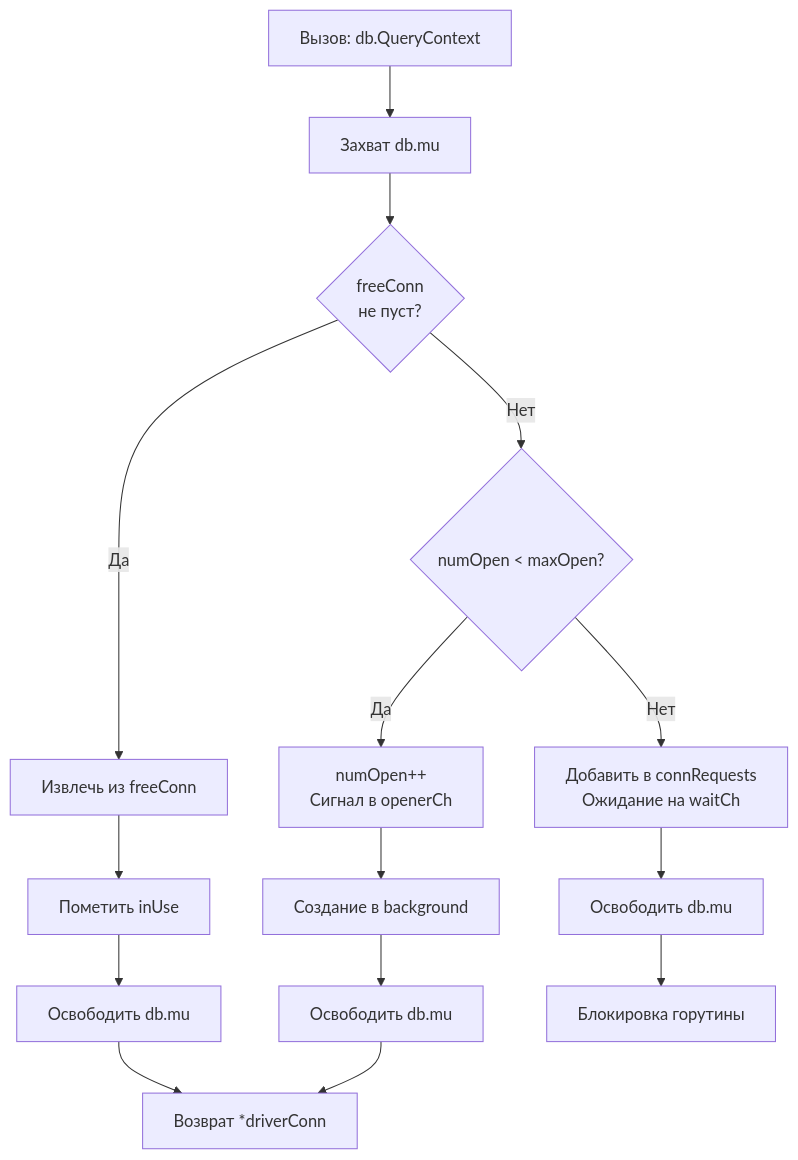
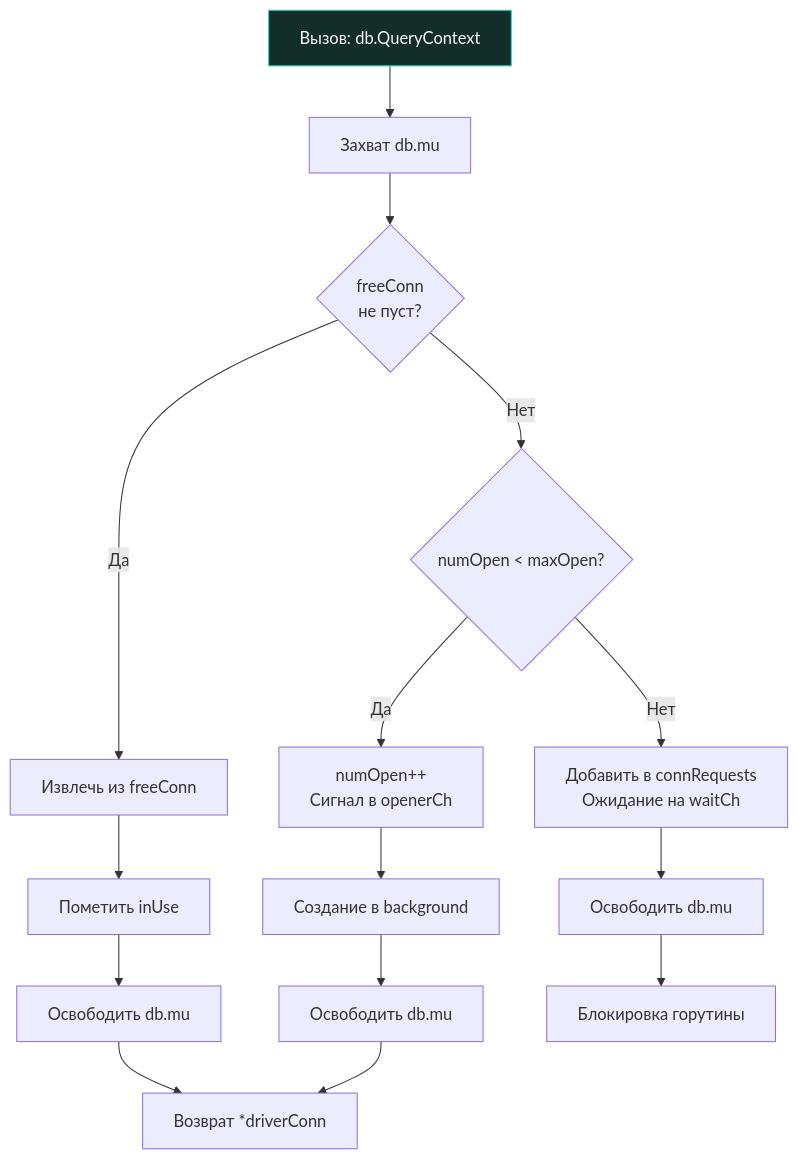
Before and after one commit to UnrealTemplier/go-textbook: the second of 2 diagrams in sources/12. Базы данных/10. Практика и архитектура/2. Connection pool.md, drawn with Mermaid. The commit also changed other lines of this file and 1666 other files, not shown here.

First line of the commit message:
feat(mermaid): add semantic color classDef to 1369 colorless flowchart/graph diagrams

````diff
--- a/sources/12. Базы данных/10. Практика и архитектура/2. Connection pool.md
+++ b/sources/12. Базы данных/10. Практика и архитектура/2. Connection pool.md
@@ -92,22 +102,32 @@
 ```mermaid
 flowchart TD
-    Start["Вызов: db.QueryContext"] --> Lock["Захват db.mu"]
+    classDef process  fill:#1e293b,stroke:#38bdf8,stroke-width:1px,color:#f8fafc
+    classDef success  fill:#064e3b,stroke:#34d399,stroke-width:1px,color:#f8fafc
+    classDef error    fill:#7f1d1d,stroke:#f87171,stroke-width:1px,color:#f8fafc
+    classDef warning  fill:#78350f,stroke:#fbbf24,stroke-width:1px,color:#f8fafc
+    classDef entry    fill:#1e3a5f,stroke:#38bdf8,stroke-width:2px,color:#f8fafc
+    classDef aux      fill:#334155,stroke:#64748b,stroke-width:1px,color:#f8fafc
+    classDef system   fill:#312e81,stroke:#a78bfa,stroke-width:1px,color:#f8fafc
+    classDef data     fill:#132d29,stroke:#2dd4bf,stroke-width:1px,color:#f8fafc
+    classDef network  fill:#881337,stroke:#fb7185,stroke-width:1px,color:#f8fafc
+    classDef accent   fill:#1e1b4b,stroke:#818cf8,stroke-width:1px,color:#f8fafc
+    Start["Вызов: db.QueryContext"]:::data --> Lock["Захват db.mu"]
     Lock --> CheckFree{"freeConn<br>не пуст?"}
     
     CheckFree -- Да --> PopIdle["Извлечь из freeConn"]
     PopIdle --> MarkInUse["Пометить inUse"]
     
     CheckFree -- Нет --> CheckOpen{"numOpen < maxOpen?"}
     CheckOpen -- Да --> IncOpen["numOpen++<br>Сигнал в openerCh"]
     IncOpen --> CreateAsync["Создание в background"]
     
     CheckOpen -- Нет --> WaitReq["Добавить в connRequests<br>Ожидание на waitCh"]
     
     CreateAsync --> Unlock1["Освободить db.mu"]
     WaitReq --> Unlock2["Освободить db.mu"]
     MarkInUse --> Unlock3["Освободить db.mu"]
     
     Unlock1 --> ReturnConn["Возврат *driverConn"]
     Unlock2 --> BlockWait["Блокировка горутины"]
     Unlock3 --> ReturnConn
 ```
````
